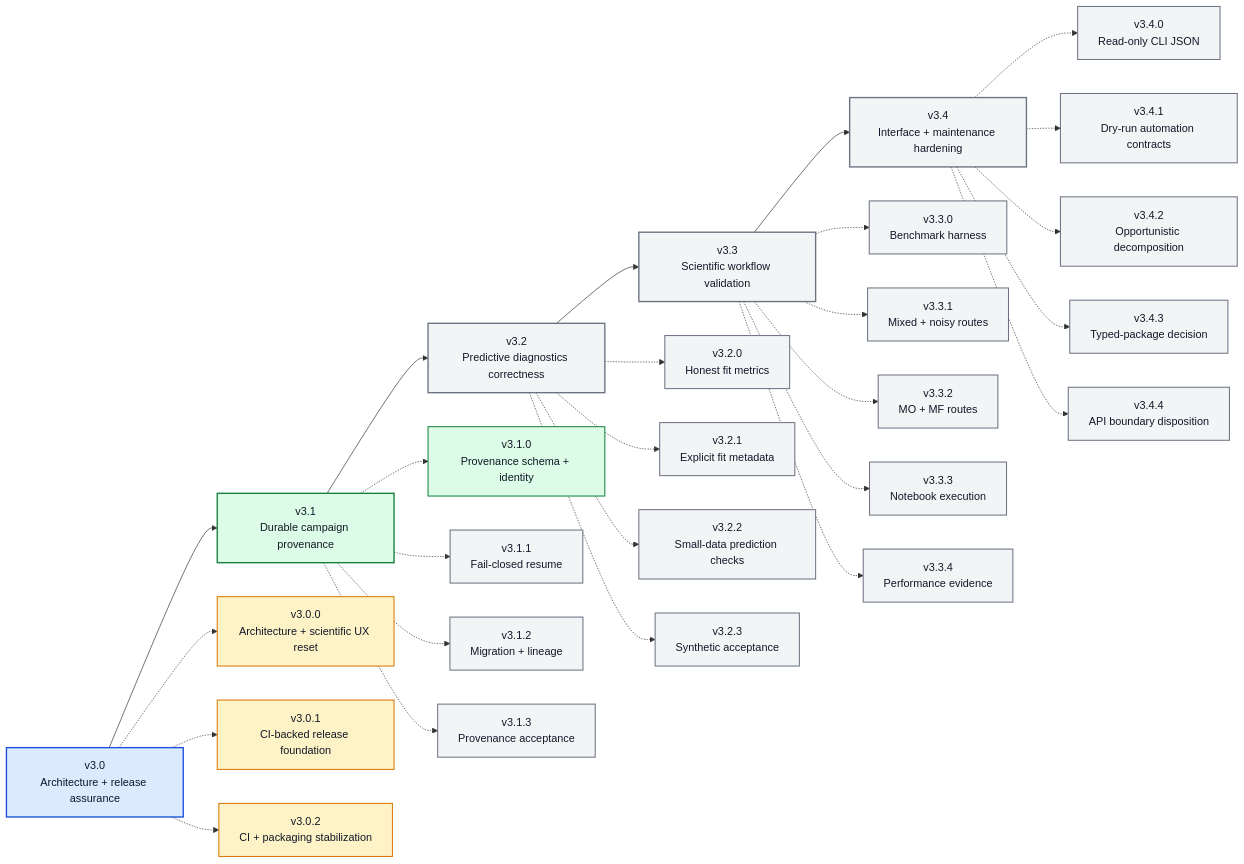
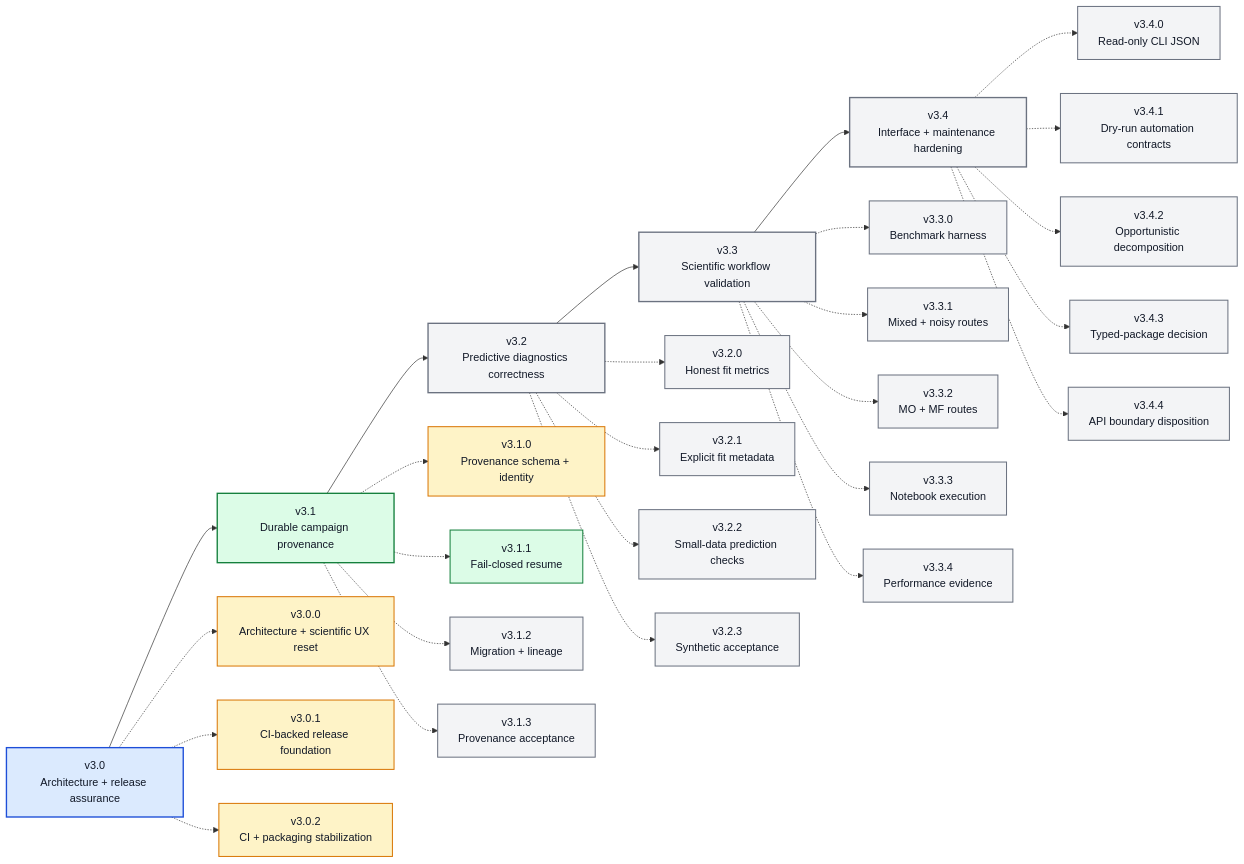
The diagram in ROADMAP_V3_X.md (angzeli/bo-forge), drawn with Mermaid before and after one commit. The commit also changed other lines of this file and 50 other files, not shown here.

````diff
--- a/ROADMAP_V3_X.md
+++ b/ROADMAP_V3_X.md
@@ -13,62 +13,63 @@
 ```mermaid
 flowchart LR
     v30["v3.0<br/>Architecture + release assurance"] --> v31["v3.1<br/>Durable campaign provenance"] --> v32["v3.2<br/>Predictive diagnostics correctness"] --> v33["v3.3<br/>Scientific workflow validation"] --> v34["v3.4<br/>Interface + maintenance hardening"]
 
     v300["v3.0.0<br/>Architecture + scientific UX reset"]
     v301["v3.0.1<br/>CI-backed release foundation"]
     v302["v3.0.2<br/>CI + packaging stabilization"]
     v310["v3.1.0<br/>Provenance schema + identity"]
     v311["v3.1.1<br/>Fail-closed resume"]
     v312["v3.1.2<br/>Migration + lineage"]
     v313["v3.1.3<br/>Provenance acceptance"]
     v320["v3.2.0<br/>Honest fit metrics"]
     v321["v3.2.1<br/>Explicit fit metadata"]
     v322["v3.2.2<br/>Small-data prediction checks"]
     v323["v3.2.3<br/>Synthetic acceptance"]
     v330["v3.3.0<br/>Benchmark harness"]
     v331["v3.3.1<br/>Mixed + noisy routes"]
     v332["v3.3.2<br/>MO + MF routes"]
     v333["v3.3.3<br/>Notebook execution"]
     v334["v3.3.4<br/>Performance evidence"]
     v340["v3.4.0<br/>Read-only CLI JSON"]
     v341["v3.4.1<br/>Dry-run automation contracts"]
     v342["v3.4.2<br/>Opportunistic decomposition"]
     v343["v3.4.3<br/>Typed-package decision"]
     v344["v3.4.4<br/>API boundary disposition"]
 
     v30 -.-> v300
     v30 -.-> v301
     v30 -.-> v302
     v31 -.-> v310
     v31 -.-> v311
     v31 -.-> v312
     v31 -.-> v313
     v32 -.-> v320
     v32 -.-> v321
     v32 -.-> v322
     v32 -.-> v323
     v33 -.-> v330
     v33 -.-> v331
     v33 -.-> v332
     v33 -.-> v333
     v33 -.-> v334
     v34 -.-> v340
     v34 -.-> v341
     v34 -.-> v342
     v34 -.-> v343
     v34 -.-> v344
 
     class v30 majorDone
     class v31 majorActive
     class v32,v33,v34 majorFuture
     class v300,v301,v302 patchDone
-    class v310 patchActive
-    class v311,v312,v313,v320,v321,v322,v323,v330,v331,v332,v333,v334,v340,v341,v342,v343,v344 patchFuture
+    class v310 patchDone
+    class v311 patchActive
+    class v312,v313,v320,v321,v322,v323,v330,v331,v332,v333,v334,v340,v341,v342,v343,v344 patchFuture
 
     classDef majorDone fill:#dbeafe,stroke:#1d4ed8,stroke-width:2px,color:#111827;
     classDef majorActive fill:#dcfce7,stroke:#15803d,stroke-width:2px,color:#111827;
     classDef majorFuture fill:#f3f4f6,stroke:#6b7280,stroke-width:2px,color:#111827;
     classDef patchDone fill:#fef3c7,stroke:#d97706,stroke-width:1.5px,color:#111827;
     classDef patchActive fill:#dcfce7,stroke:#15803d,stroke-width:1.5px,color:#111827;
     classDef patchFuture fill:#f3f4f6,stroke:#6b7280,stroke-width:1.5px,color:#111827;
 ```
````
